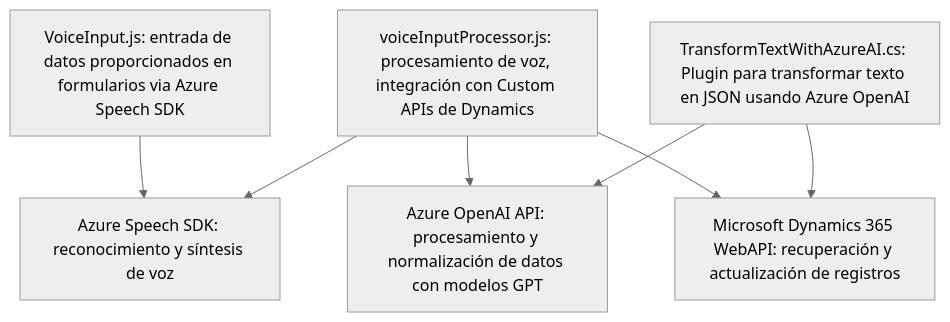
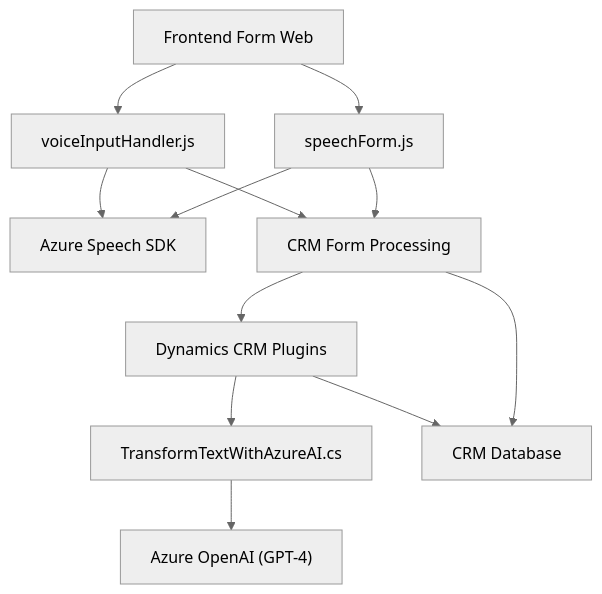
One commit to blopezdm/NETCORE_BILBAO2025 changed the diagram in README.md. Above: the diagram before and after it, drawn with Mermaid (neutral theme). The commit also changed other lines of this file, not shown here.

Commit message:
Actualizar análisis global de la solución con IA

````diff
--- a/README.md
+++ b/README.md
@@ -52,16 +34,24 @@
 ```mermaid
 graph TD
-    A["VoiceInput.js: entrada de datos proporcionados en formularios via Azure Speech SDK"]
-    B["voiceInputProcessor.js: procesamiento de voz, integración con Custom APIs de Dynamics"]
-    C["TransformTextWithAzureAI.cs: Plugin para transformar texto en JSON usando Azure OpenAI"]
-    D["Microsoft Dynamics 365 WebAPI: recuperación y actualización de registros"]
-    E["Azure Speech SDK: reconocimiento y síntesis de voz"]
-    F["Azure OpenAI API: procesamiento y normalización de datos con modelos GPT"]
+    A["Frontend Form Web"]
+    B["voiceInputHandler.js"]
+    C["speechForm.js"]
+    D["Azure Speech SDK"]
+    E["CRM Form Processing"]
+    F["Dynamics CRM Plugins"]
+    G["TransformTextWithAzureAI.cs"]
+    H["Azure OpenAI (GPT-4)"]
+    I["CRM Database"]
 
-    A --> E
+    A --> B
+    B --> D
     B --> E
-    B --> F
-    B --> D
-    C --> F
+    A --> C
     C --> D
+    C --> E
+    E --> F
+    F --> G
+    G --> H
+    F --> I
+    E --> I
 ```
````
